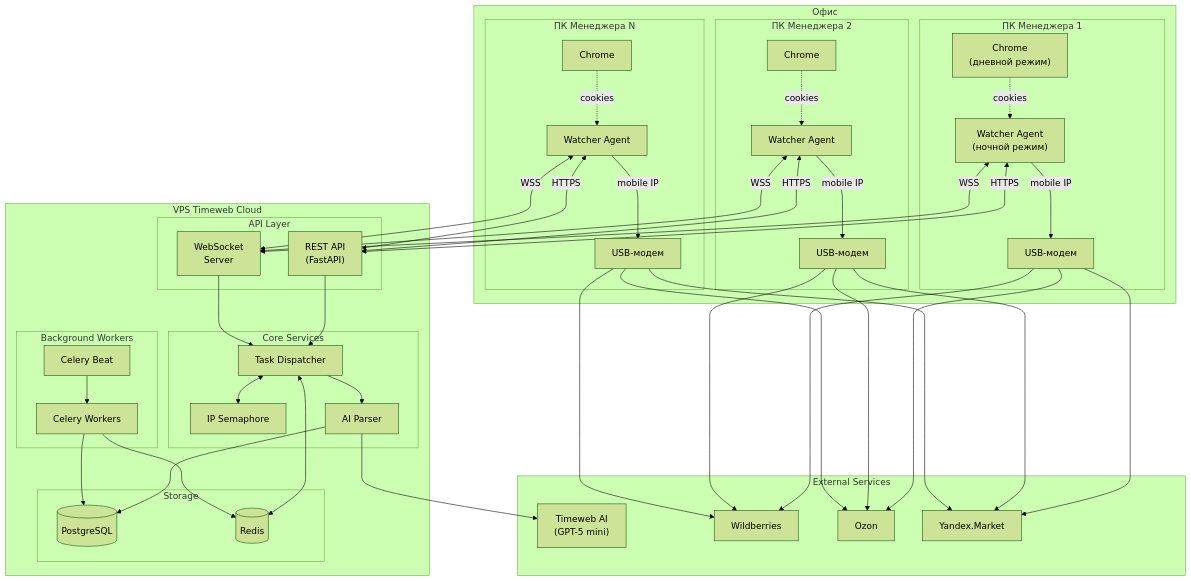
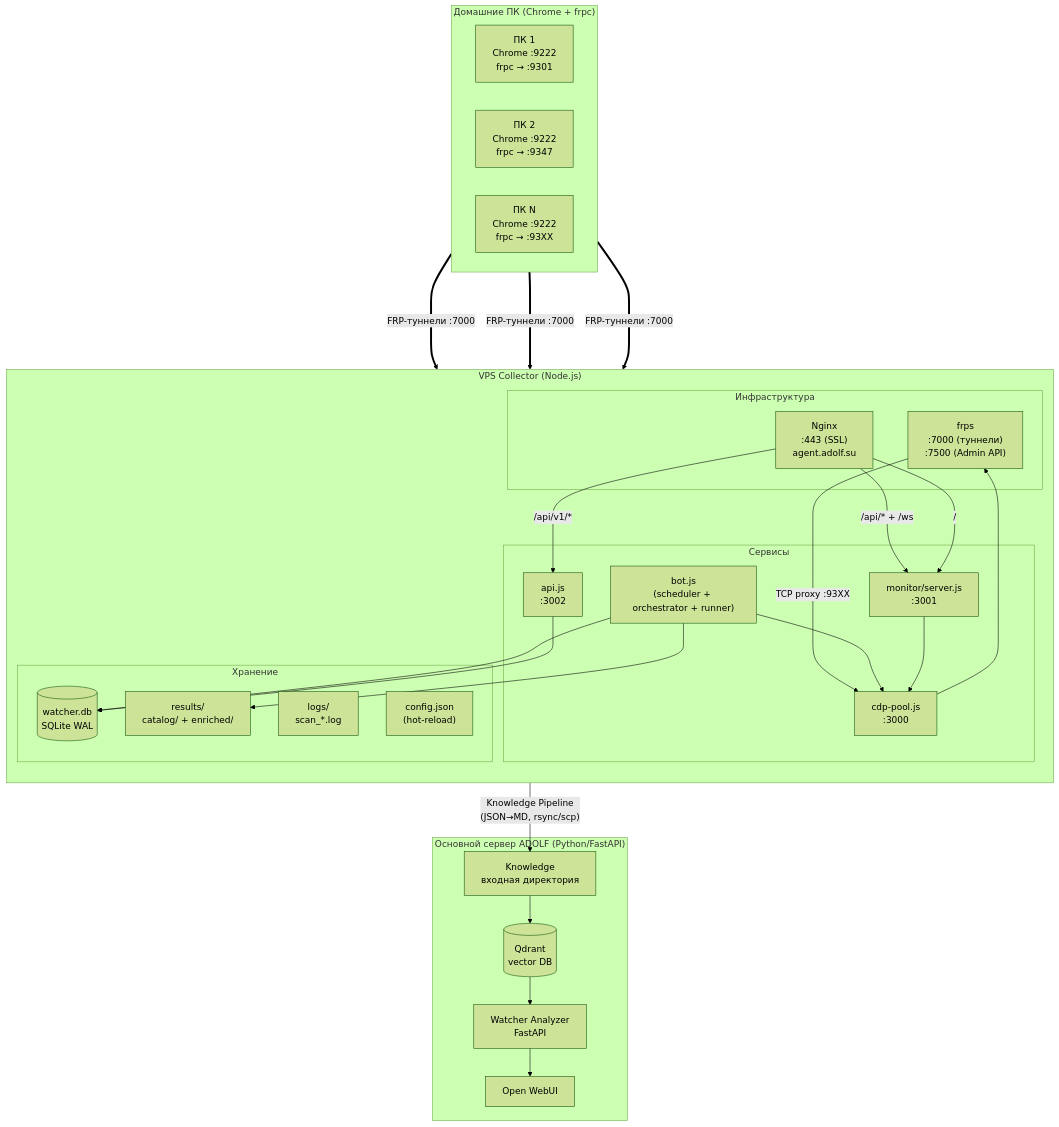
Before and after one commit to Sign25/Docs: the first of 9 diagrams in watcher/adolf_watcher_1_architecture.md, drawn with Mermaid (forest theme). The commit also changed other lines of this file, not shown here.

Commit message:
Watcher v4.0: Раздел 1 — Архитектура (полная переработка)

````diff
--- a/watcher/adolf_watcher_1_architecture.md
+++ b/watcher/adolf_watcher_1_architecture.md
@@ -27,75 +29,57 @@
 ```mermaid
 graph TB
-    subgraph OFFICE["Офис"]
-        subgraph PC1["ПК Менеджера 1"]
-            CHROME1["Chrome<br/>(дневной режим)"]
-            AGENT1["Watcher Agent<br/>(ночной режим)"]
-            MODEM1["USB-модем"]
+    subgraph HOMES["Домашние ПК (Chrome + frpc)"]
+        direction LR
+        H1["ПК 1<br/>Chrome :9222<br/>frpc → :9301"]
+        H2["ПК 2<br/>Chrome :9222<br/>frpc → :9347"]
+        HN["ПК N<br/>Chrome :9222<br/>frpc → :93XX"]
+    end
+
+    subgraph VPS["VPS Collector (Node.js)"]
+        direction TB
+        subgraph INFRA["Инфраструктура"]
+            FRPS["frps<br/>:7000 (туннели)<br/>:7500 (Admin API)"]
+            NGINX["Nginx<br/>:443 (SSL)<br/>agent.adolf.su"]
         end
-        
-        subgraph PC2["ПК Менеджера 2"]
-            CHROME2["Chrome"]
-            AGENT2["Watcher Agent"]
-            MODEM2["USB-модем"]
+
+        subgraph SERVICES["Сервисы"]
+            POOL["cdp-pool.js<br/>:3000"]
+            MONITOR["monitor/server.js<br/>:3001"]
+            API["api.js<br/>:3002"]
+            BOT["bot.js<br/>(scheduler + orchestrator + runner)"]
         end
-        
-        subgraph PCN["ПК Менеджера N"]
-            CHROMEN["Chrome"]
-            AGENTN["Watcher Agent"]
-            MODEMN["USB-модем"]
+
+        subgraph STORAGE["Хранение"]
+            SQLITE[("watcher.db<br/>SQLite WAL")]
+            FILES["results/<br/>catalog/ + enriched/"]
+            LOGS["logs/<br/>scan_*.log"]
+            CONFIG["config.json<br/>(hot-reload)"]
         end
     end
-    
-    subgraph VPS["VPS Timeweb Cloud"]
-        subgraph API_LAYER["API Layer"]
-            REST["REST API<br/>(FastAPI)"]
-            WS["WebSocket<br/>Server"]
-        end
-        
-        subgraph CORE["Core Services"]
-            TD["Task Dispatcher"]
-            SEM["IP Semaphore"]
-            PARSER["AI Parser"]
-        end
-        
-        subgraph STORAGE["Storage"]
-            PG[("PostgreSQL")]
-            REDIS[("Redis")]
-        end
-        
-        subgraph WORKERS["Background Workers"]
-            CELERY["Celery Workers"]
-            BEAT["Celery Beat"]
-        end
+
+    subgraph MAIN["Основной сервер ADOLF (Python/FastAPI)"]
+        KNOW_IN["Knowledge<br/>входная директория"]
+        QDRANT[("Qdrant<br/>vector DB")]
+        ANALYZER["Watcher Analyzer<br/>FastAPI"]
+        OWUI["Open WebUI"]
     end
-    
-    subgraph EXTERNAL["External Services"]
-        AI["Timeweb AI<br/>(GPT-5 mini)"]
-        WB["Wildberries"]
-        OZ["Ozon"]
-        YM["Yandex.Market"]
-    end
-    
-    CHROME1 -.->|cookies| AGENT1
-    CHROME2 -.->|cookies| AGENT2
-    CHROMEN -.->|cookies| AGENTN
-    
-    AGENT1 & AGENT2 & AGENTN <-->|HTTPS| REST
-    AGENT1 & AGENT2 & AGENTN <-->|WSS| WS
-    
-    AGENT1 -->|mobile IP| MODEM1 --> WB & OZ & YM
-    AGENT2 -->|mobile IP| MODEM2 --> WB & OZ & YM
-    AGENTN -->|mobile IP| MODEMN --> WB & OZ & YM
-    
-    REST --> TD
-    WS --> TD
-    TD <--> SEM
-    TD <--> REDIS
-    TD --> PARSER
-    PARSER --> AI
-    PARSER --> PG
-    
-    CELERY --> PG
-    CELERY --> REDIS
-    BEAT --> CELERY
+
+    H1 & H2 & HN ====>|FRP-туннели :7000| FRPS
+    FRPS -->|TCP proxy :93XX| POOL
+
+    NGINX -->|/api/v1/*| API
+    NGINX -->|/api/* + /ws| MONITOR
+    NGINX -->|/| MONITOR
+
+    BOT --> POOL
+    BOT --> SQLITE
+    BOT --> FILES
+    POOL --> FRPS
+    API --> SQLITE
+    MONITOR --> POOL
+
+    FILES -->|"Knowledge Pipeline<br/>(JSON→MD, rsync/scp)"| KNOW_IN
+    KNOW_IN --> QDRANT
+    QDRANT --> ANALYZER
+    ANALYZER --> OWUI
 ```
````
